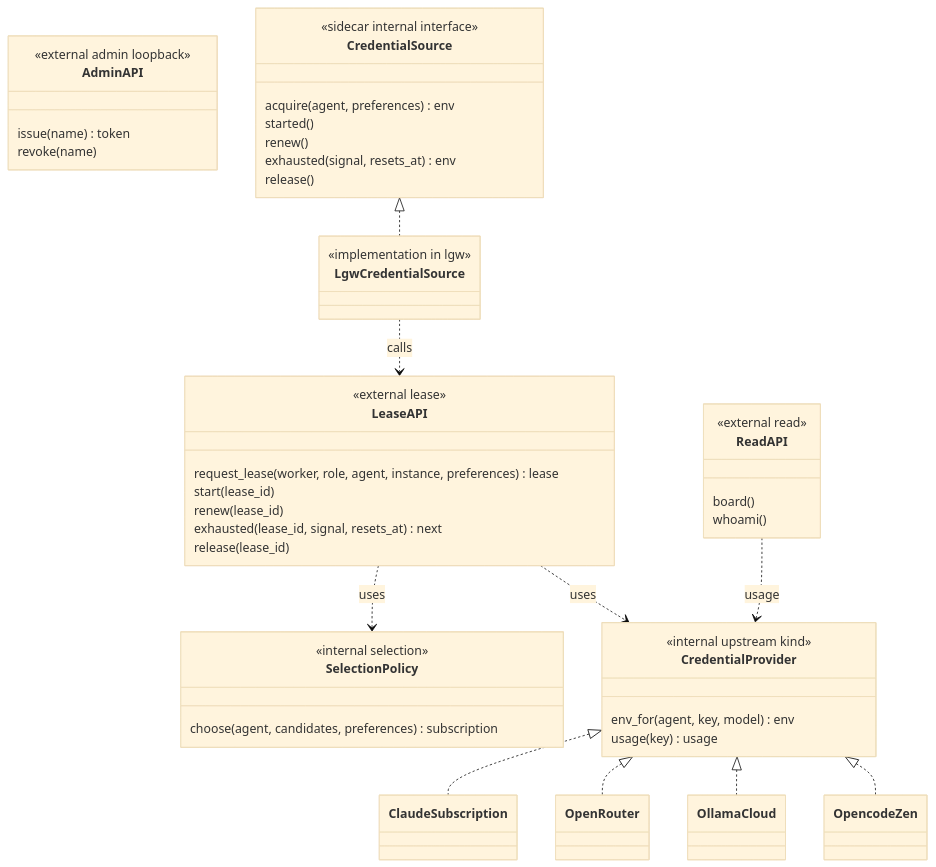
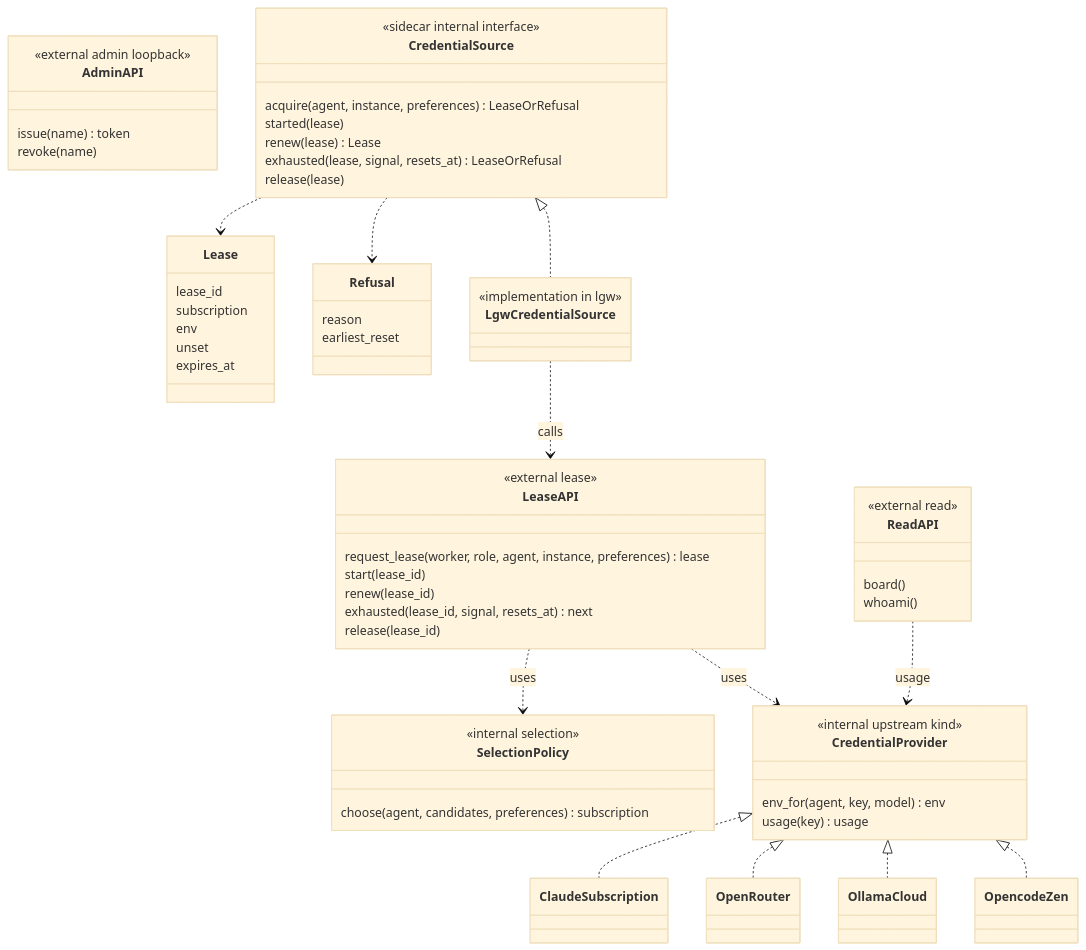
Before and after one commit to FATESAIKOU/LLMGateway: the sixth of 6 diagrams in openspec/changes/gateway-v0/diagrams.md, drawn with Mermaid (base theme). The commit also changed other lines of this file, not shown here.

Commit message:
diagrams: CredentialSource takes a lease handle and returns Lease or Refusal (tentative) (#8)

````diff
--- a/openspec/changes/gateway-v0/diagrams.md
+++ b/openspec/changes/gateway-v0/diagrams.md
@@ -151,54 +151,67 @@
 ```mermaid
 classDiagram
   class LeaseAPI {
     <<external lease>>
     request_lease(worker, role, agent, instance, preferences) lease
     start(lease_id)
     renew(lease_id)
     exhausted(lease_id, signal, resets_at) next
     release(lease_id)
   }
   class AdminAPI {
     <<external admin loopback>>
     issue(name) token
     revoke(name)
   }
   class ReadAPI {
     <<external read>>
     board()
     whoami()
   }
   class CredentialProvider {
     <<internal upstream kind>>
     env_for(agent, key, model) env
     usage(key) usage
   }
   class ClaudeSubscription
   class OpenRouter
   class OllamaCloud
   class OpencodeZen
   CredentialProvider <|.. ClaudeSubscription
   CredentialProvider <|.. OpenRouter
   CredentialProvider <|.. OllamaCloud
   CredentialProvider <|.. OpencodeZen
   class SelectionPolicy {
     <<internal selection>>
     choose(agent, candidates, preferences) subscription
   }
   class CredentialSource {
     <<sidecar internal interface>>
-    acquire(agent, preferences) env
-    started()
-    renew()
-    exhausted(signal, resets_at) env
-    release()
+    acquire(agent, instance, preferences) LeaseOrRefusal
+    started(lease)
+    renew(lease) Lease
+    exhausted(lease, signal, resets_at) LeaseOrRefusal
+    release(lease)
   }
+  class Lease {
+    lease_id
+    subscription
+    env
+    unset
+    expires_at
+  }
+  class Refusal {
+    reason
+    earliest_reset
+  }
+  CredentialSource ..> Lease
+  CredentialSource ..> Refusal
   class LgwCredentialSource {
     <<implementation in lgw>>
   }
   CredentialSource <|.. LgwCredentialSource
   LgwCredentialSource ..> LeaseAPI : calls
   LeaseAPI ..> SelectionPolicy : uses
   LeaseAPI ..> CredentialProvider : uses
   ReadAPI ..> CredentialProvider : usage
 ```
````
